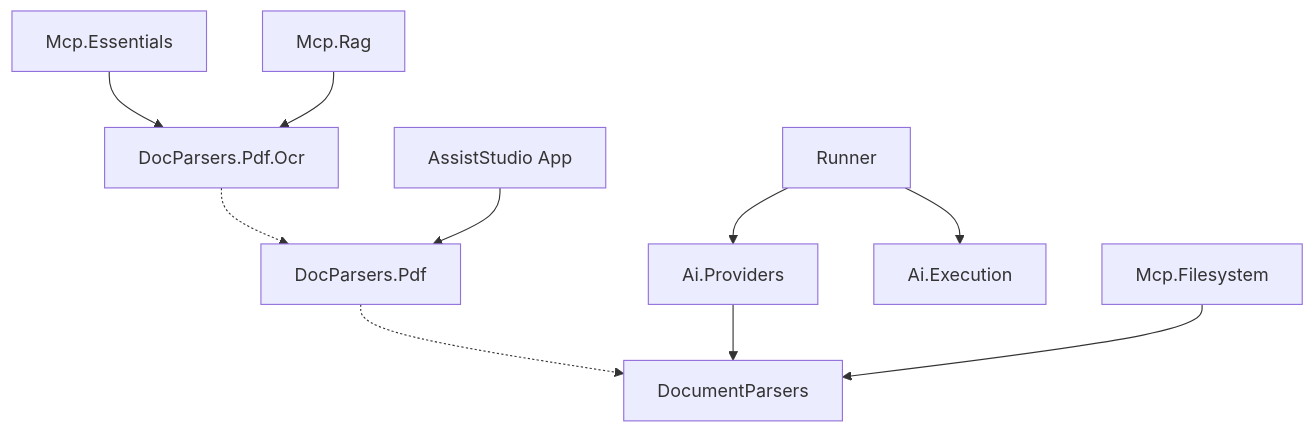
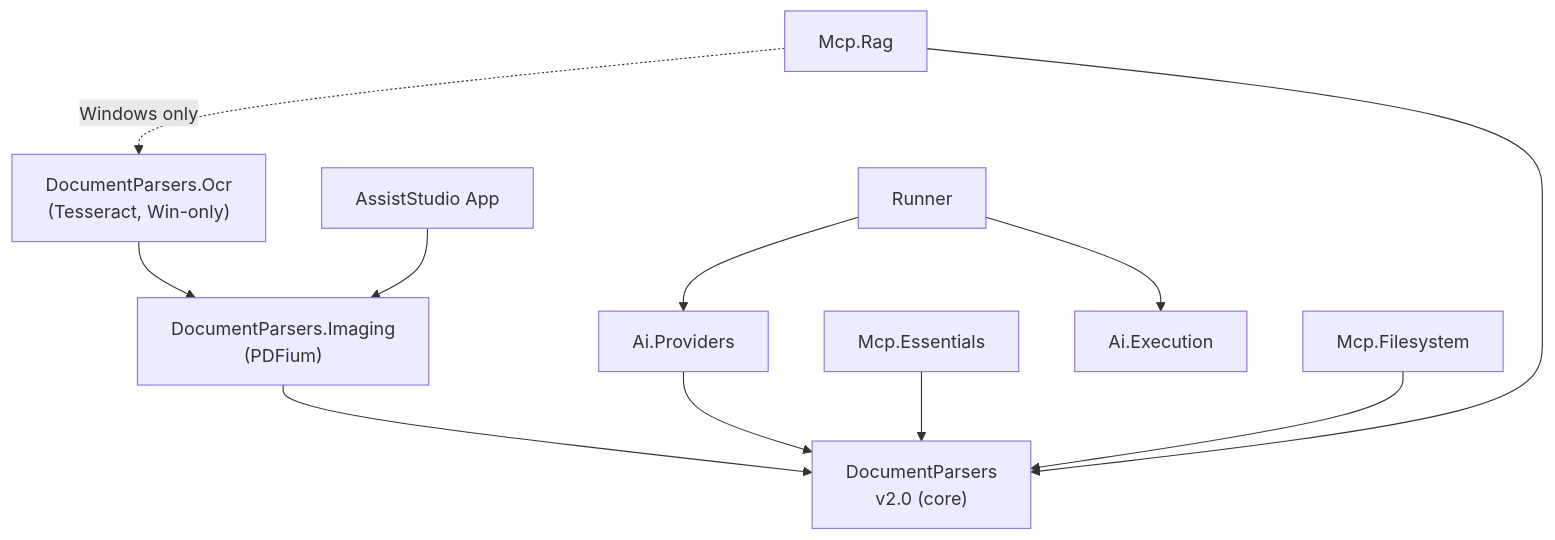
Before and after one commit to fieldcure/fieldcure-assiststudio: the second of 2 diagrams in docs/dependencies.md, drawn with Mermaid. The commit also changed other lines of this file and 3 other files, not shown here.

First line of the commit message:
Migrate PDF parsing to DocumentParsers 2.x Imaging package

````diff
--- a/docs/dependencies.md
+++ b/docs/dependencies.md
@@ -23,27 +23,28 @@
 ```mermaid
 graph TD
     App["AssistStudio App"]
     Runner["Runner"]
     Ess["Mcp.Essentials"]
     Rag["Mcp.Rag"]
     FS["Mcp.Filesystem"]
 
     Prov["Ai.Providers"]
     Exec["Ai.Execution"]
 
-    DPOcr["DocParsers.Pdf.Ocr"]
-    DPPdf["DocParsers.Pdf"]
-    DP["DocumentParsers"]
+    DP["DocumentParsers<br/>v2.0 (core)"]
+    DPImg["DocumentParsers.Imaging<br/>(PDFium)"]
+    DPOcr["DocumentParsers.Ocr<br/>(Tesseract, Win-only)"]
 
-    DPOcr -.-> DPPdf -.-> DP
+    DPOcr --> DPImg --> DP
 
-    App --> DPPdf
+    App --> DPImg
     Prov --> DP
 
     Runner --> Exec
     Runner --> Prov
 
-    Ess --> DPOcr
-    Rag --> DPOcr
+    Ess --> DP
     FS --> DP
+    Rag --> DP
+    Rag -. "Windows only" .-> DPOcr
 ```
````
